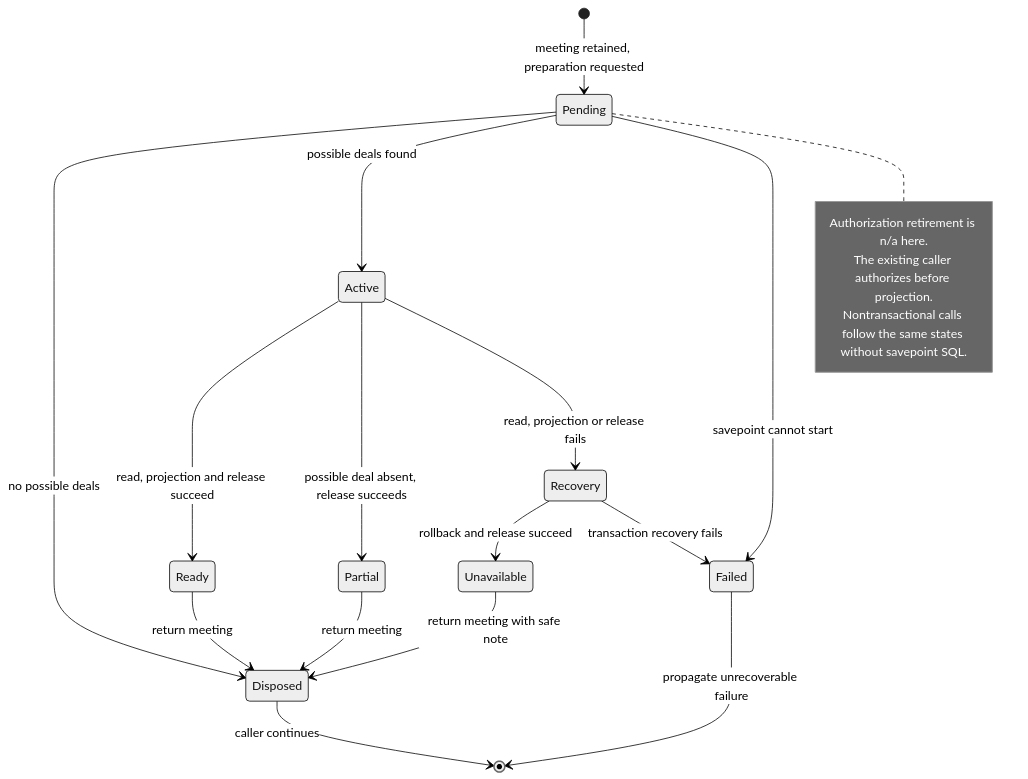
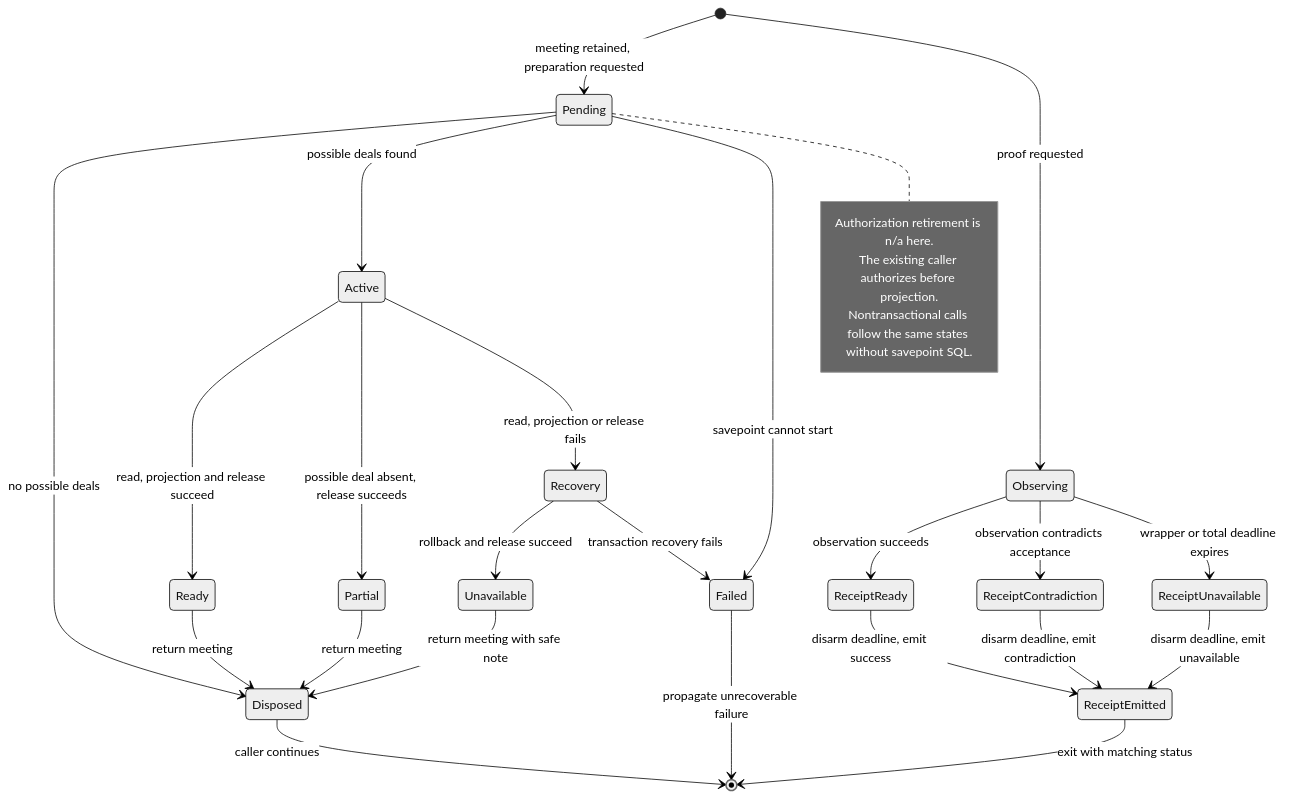
One commit to DoctorCRE/carr-system changed the diagram in docs/statecharts/meeting-prep-savepoint-lifetime.mmd. Above: the diagram before and after it, drawn with Mermaid (neutral theme). The commit also changed 1 other file, not shown here.

Commit message:
fix(proofs): disarm observation deadline before emitting receipts
Card: WR636.S3.J3

```diff
--- a/docs/statecharts/meeting-prep-savepoint-lifetime.mmd
+++ b/docs/statecharts/meeting-prep-savepoint-lifetime.mmd
@@ -1,22 +1,32 @@
 stateDiagram-v2
     [*] --> Pending: meeting retained, preparation requested
     Pending --> Disposed: no possible deals
     Pending --> Active: possible deals found
     Pending --> Failed: savepoint cannot start
     Active --> Ready: read, projection and release succeed
     Active --> Partial: possible deal absent, release succeeds
     Active --> Recovery: read, projection or release fails
     Recovery --> Unavailable: rollback and release succeed
     Recovery --> Failed: transaction recovery fails
     Ready --> Disposed: return meeting
     Partial --> Disposed: return meeting
     Unavailable --> Disposed: return meeting with safe note
     Failed --> [*]: propagate unrecoverable failure
     Disposed --> [*]: caller continues
     note right of Pending
       Authorization retirement is n/a here.
       The existing caller authorizes before projection.
       Nontransactional calls follow the same states without savepoint SQL.
     end note
     %% never roll back a released preparation savepoint
     %% never retain ready preparation after a contained projection failure
+
+    [*] --> Observing: proof requested
+    Observing --> ReceiptReady: observation succeeds
+    Observing --> ReceiptContradiction: observation contradicts acceptance
+    Observing --> ReceiptUnavailable: wrapper or total deadline expires
+    ReceiptReady --> ReceiptEmitted: disarm deadline, emit success
+    ReceiptContradiction --> ReceiptEmitted: disarm deadline, emit contradiction
+    ReceiptUnavailable --> ReceiptEmitted: disarm deadline, emit unavailable
+    ReceiptEmitted --> [*]: exit with matching status
+    %% never interrupt a completed observation's receipt with its deadline
```
